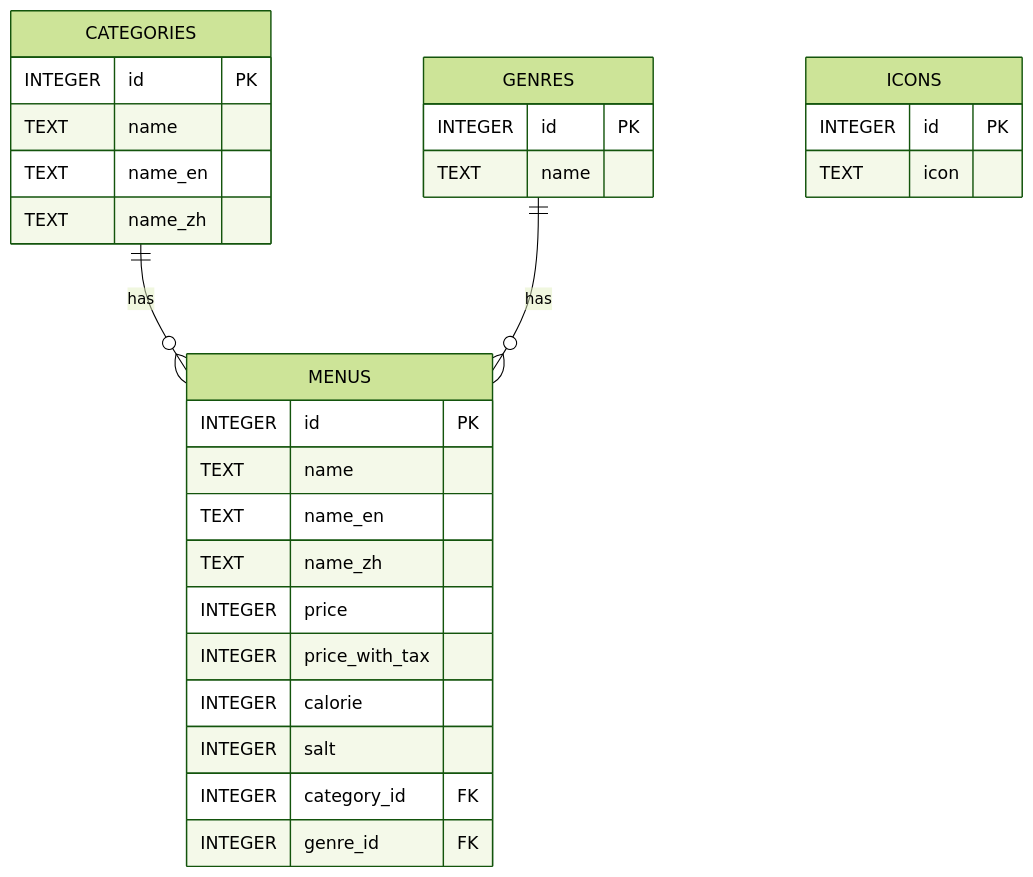
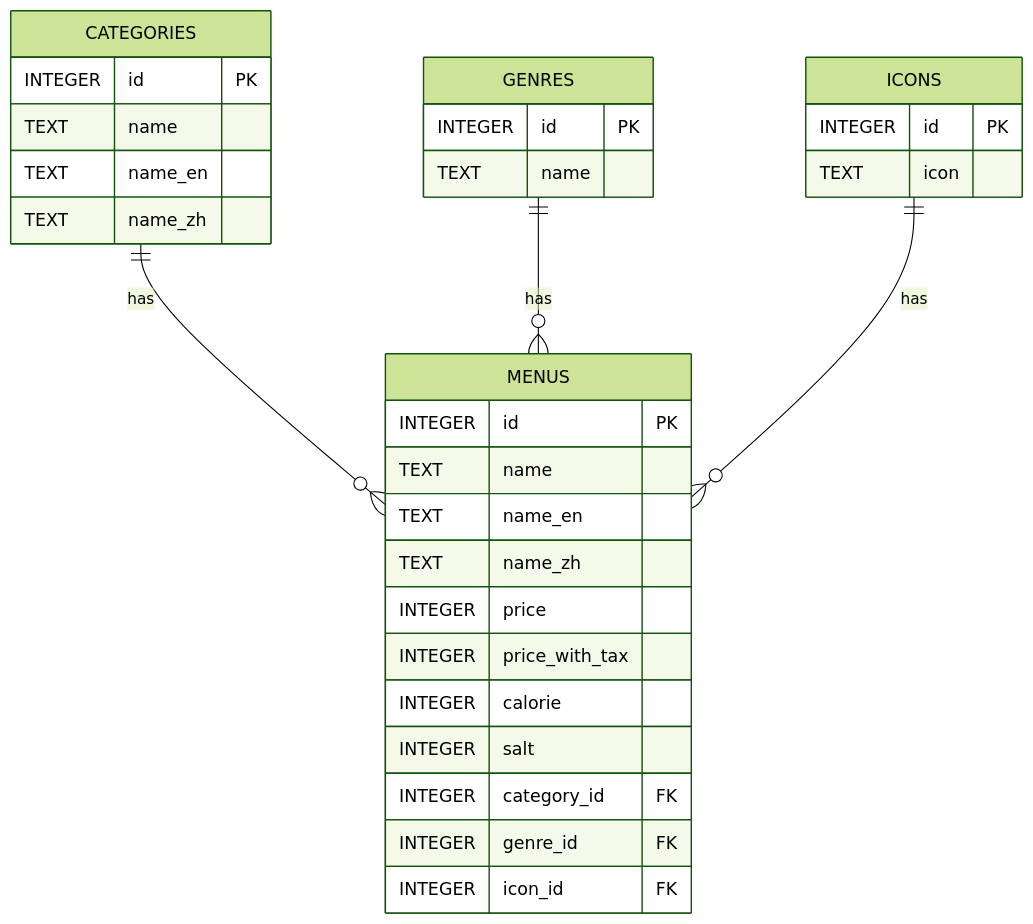
Before and after one commit to ryohidaka/saizeriya-menus: the diagram in docs/database.md, drawn with Mermaid (forest theme). The commit also changed other lines of this file and 1 other file, not shown here.

Commit message:
feat: menusテーブルにicon_idカラムを追加

````diff
--- a/docs/database.md
+++ b/docs/database.md
@@ -5,35 +5,37 @@
 ```mermaid
 erDiagram
     CATEGORIES {
         INTEGER id PK
         TEXT name
         TEXT name_en
         TEXT name_zh
     }
 
     GENRES {
         INTEGER id PK
         TEXT name
     }
 
     ICONS {
         INTEGER id PK
         TEXT icon
     }
 
     MENUS {
         INTEGER id PK
         TEXT name
         TEXT name_en
         TEXT name_zh
         INTEGER price
         INTEGER price_with_tax
         INTEGER calorie
         INTEGER salt
         INTEGER category_id FK
         INTEGER genre_id FK
+        INTEGER icon_id FK
     }
 
     CATEGORIES ||--o{ MENUS: "has"
     GENRES ||--o{ MENUS: "has"
+    ICONS ||--o{ MENUS: "has"
 ```
````
